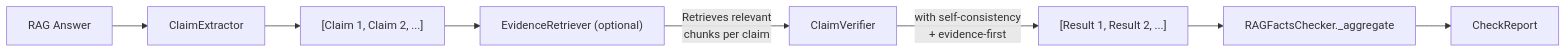
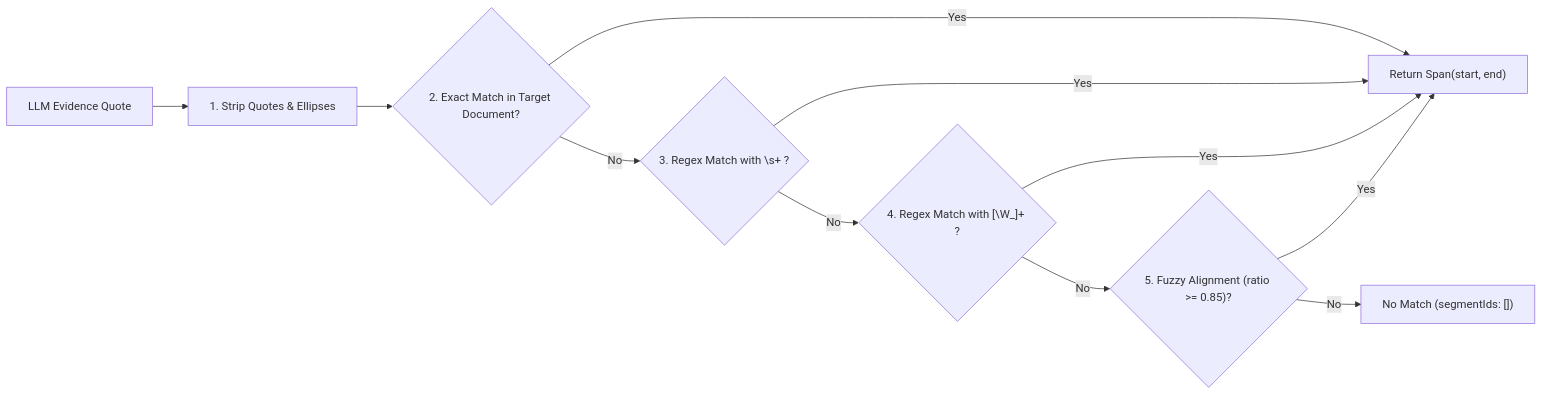
The third of 3 diagrams in docs/architecture/data-flow.md (eea/rag-facts-check), drawn with Mermaid before and after one commit. The commit also changed other lines of this file and 5 other files, not shown here.

Commit message:
docs: add architecture and sequence diagrams, update data-flow, testing and overview

````diff
--- a/docs/architecture/data-flow.md
+++ b/docs/architecture/data-flow.md
@@ -13,10 +184,13 @@
 ```mermaid
 flowchart LR
-    A["RAG Answer"] --> B["ClaimExtractor"]
-    B --> C["[Claim 1, Claim 2, ...]"]
-    C --> D["EvidenceRetriever (optional)"]
-    D -->|"Retrieves relevant\nchunks per claim"| E["ClaimVerifier"]
-    E -->|"with self-consistency\n+ evidence-first"| F["[Result 1, Result 2, ...]"]
-    F --> G["RAGFactsChecker._aggregate"]
-    G --> H["CheckReport"]
+    A["LLM Evidence Quote"] --> B["1. Strip Quotes & Ellipses"]
+    B --> C{"2. Exact Match in Target Document?"}
+    C -- Yes --> RES["Return Span(start, end)"]
+    C -- No --> D{"3. Regex Match with \s+ ?"}
+    D -- Yes --> RES
+    D -- No --> E{"4. Regex Match with [\W_]+ ?"}
+    E -- Yes --> RES
+    E -- No --> F{"5. Fuzzy Alignment (ratio >= 0.85)?"}
+    F -- Yes --> RES
+    F -- No --> NONE["No Match (segmentIds: [])"]
 ```
````
